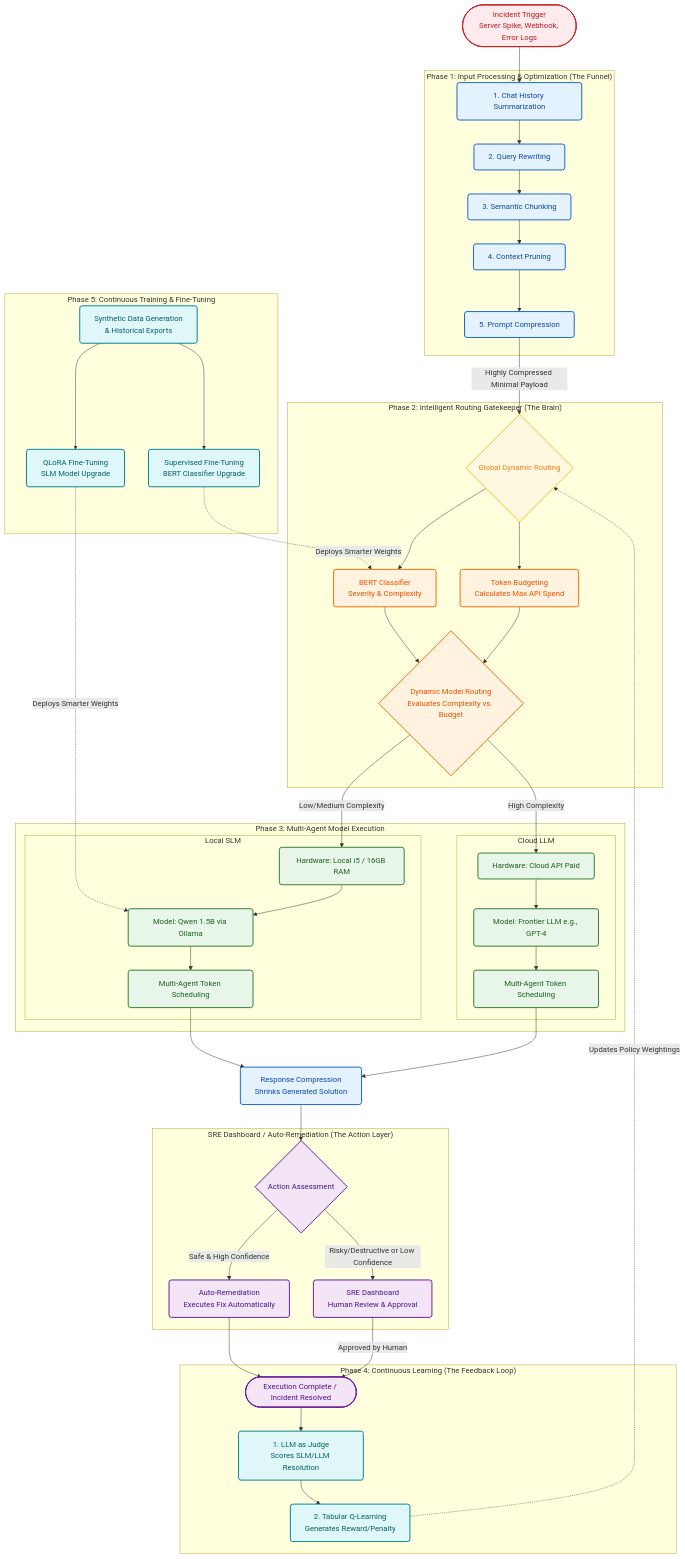
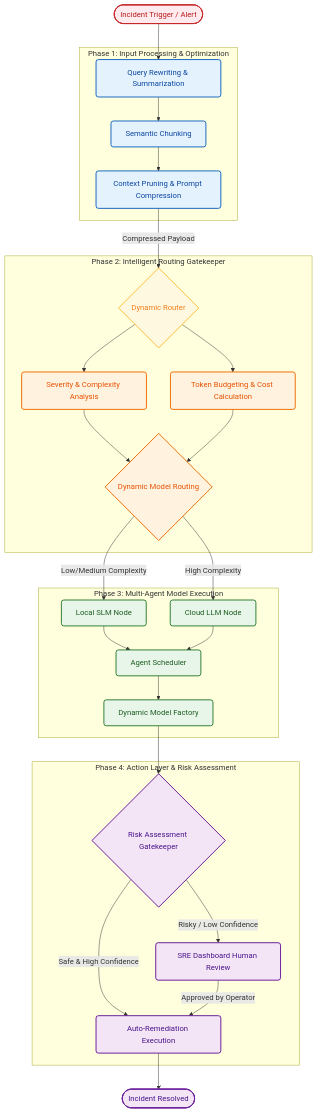
One commit to anand-esc/tokenawarearch changed the diagram in README.md. Above: the diagram before and after it, drawn with Mermaid. The commit also changed other lines of this file and 10 other files, not shown here.

Commit message:
feat: Full architectural refactor, frontend UI upgrades, and dynamic model routing

````diff
--- a/README.md
+++ b/README.md
@@ -66,72 +50,46 @@
 ```mermaid
 graph TD
     classDef trigger fill:#ffebee,stroke:#c62828,stroke-width:2px,color:#b71c1c,rx:5px,ry:5px
     classDef phase1 fill:#e3f2fd,stroke:#1565c0,stroke-width:2px,color:#0d47a1,rx:5px,ry:5px
     classDef phase2 fill:#fff3e0,stroke:#ef6c00,stroke-width:2px,color:#e65100,rx:5px,ry:5px
     classDef phase3 fill:#e8f5e9,stroke:#2e7d32,stroke-width:2px,color:#1b5e20,rx:5px,ry:5px
     classDef action fill:#f3e5f5,stroke:#6a1b9a,stroke-width:2px,color:#4a148c,rx:5px,ry:5px
-    classDef feedback fill:#e0f7fa,stroke:#00838f,stroke-width:2px,color:#006064,rx:5px,ry:5px
     classDef global fill:#fff8e1,stroke:#fbc02d,stroke-width:2px,color:#f57f17,rx:5px,ry:5px
 
-    A([Incident Trigger<br/>Server Spike, Webhook, Error Logs]):::trigger --> B
+    A([Incident Trigger / Alert]):::trigger --> B
     
-    subgraph Phase1 ["Phase 1: Input Processing & Optimization (The Funnel)"]
-        B[1. Chat History Summarization]:::phase1 --> C[2. Query Rewriting]:::phase1
-        C --> D[3. Semantic Chunking]:::phase1
-        D --> E[4. Context Pruning]:::phase1
-        E --> F[5. Prompt Compression]:::phase1
+    subgraph Phase1 ["Phase 1: Input Processing & Optimization"]
+        B[Query Rewriting & Summarization]:::phase1 --> C[Semantic Chunking]:::phase1
+        C --> D[Context Pruning & Prompt Compression]:::phase1
     end
 
-    F --> |Highly Compressed Minimal Payload| G
+    D --> |Compressed Payload| E
     
-    subgraph Phase2 ["Phase 2: Intelligent Routing Gatekeeper (The Brain)"]
-        G{Global Dynamic Routing}:::global
-        G --> H[BERT Classifier<br/>Severity & Complexity]:::phase2
-        G --> I[Token Budgeting<br/>Calculates Max API Spend]:::phase2
-        H --> J{Dynamic Model Routing<br/>Evaluates Complexity vs. Budget}:::phase2
-        I --> J
+    subgraph Phase2 ["Phase 2: Intelligent Routing Gatekeeper"]
+        E{Dynamic Router}:::global
+        E --> F[Severity & Complexity Analysis]:::phase2
+        E --> G[Token Budgeting & Cost Calculation]:::phase2
+        F --> H{Dynamic Model Routing}:::phase2
+        G --> H
     end
     
-    J --> |Low/Medium Complexity| L_SLM
-    J --> |High Complexity| C_LLM
+    H --> |Low/Medium Complexity| L_SLM
+    H --> |High Complexity| C_LLM
 
     subgraph Phase3 ["Phase 3: Multi-Agent Model Execution"]
-        subgraph Local ["Local SLM"]
-            L_SLM[Hardware: Local i5 / 16GB RAM]:::phase3 --> L_Model[Model: Qwen 1.5B via Ollama]:::phase3
-            L_Model --> L_Sched[Multi-Agent Token Scheduling]:::phase3
-        end
-        
-        subgraph Cloud ["Cloud LLM"]
-            C_LLM[Hardware: Cloud API Paid]:::phase3 --> C_Model[Model: Frontier LLM e.g., GPT-4]:::phase3
-            C_Model --> C_Sched[Multi-Agent Token Scheduling]:::phase3
-        end
+        L_SLM[Local SLM Node]:::phase3 --> Scheduler[Agent Scheduler]:::phase3
+        C_LLM[Cloud LLM Node]:::phase3 --> Scheduler
+        Scheduler --> Factory[Dynamic Model Factory]:::phase3
     end
 
-    L_Sched --> K
-    C_Sched --> K
+    Factory --> I
     
-    K[Response Compression<br/>Shrinks Generated Solution]:::phase1 --> L{Action Assessment}:::action
-    
-    subgraph ActionLayer ["SRE Dashboard / Auto-Remediation (The Action Layer)"]
-        L --> |Safe & High Confidence| M[Auto-Remediation<br/>Executes Fix Automatically]:::action
-        L --> |Risky/Destructive or Low Confidence| N[SRE Dashboard<br/>Human Review & Approval]:::action
+    subgraph Phase4 ["Phase 4: Action Layer & Risk Assessment"]
+        I{Risk Assessment Gatekeeper}:::action
+        I --> |Safe & High Confidence| J[Auto-Remediation Execution]:::action
+        I --> |Risky / Low Confidence| K[SRE Dashboard Human Review]:::action
     end
     
-    M --> O([Execution Complete / Incident Resolved]):::action
-    N --> |Approved by Human| O
-    
-    subgraph Phase4 ["Phase 4: Continuous Learning (The Feedback Loop)"]
-        O --> P[1. LLM as Judge<br/>Scores SLM/LLM Resolution]:::feedback
-        P --> Q[2. Tabular Q-Learning<br/>Generates Reward/Penalty]:::feedback
-    end
-    
-    Q -.-> |Updates Policy Weightings| G
-
-    subgraph Phase5 ["Phase 5: Continuous Training & Fine-Tuning"]
-        S[Synthetic Data Generation<br/>& Historical Exports]:::feedback --> T[QLoRA Fine-Tuning<br/>SLM Model Upgrade]:::feedback
-        S --> U[Supervised Fine-Tuning<br/>BERT Classifier Upgrade]:::feedback
-    end
-
-    T -.-> |Deploys Smarter Weights| L_Model
-    U -.-> |Deploys Smarter Weights| H
+    J --> L([Incident Resolved]):::action
+    K --> |Approved by Operator| J
 ```
````
